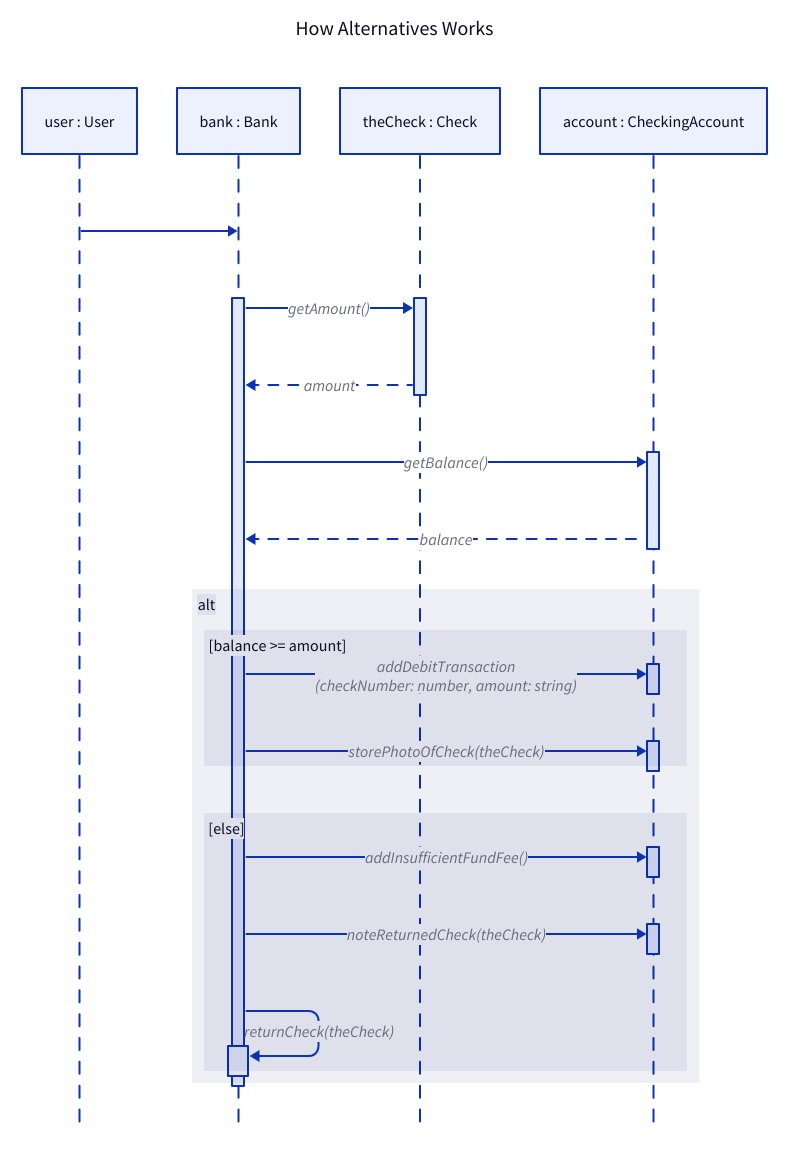
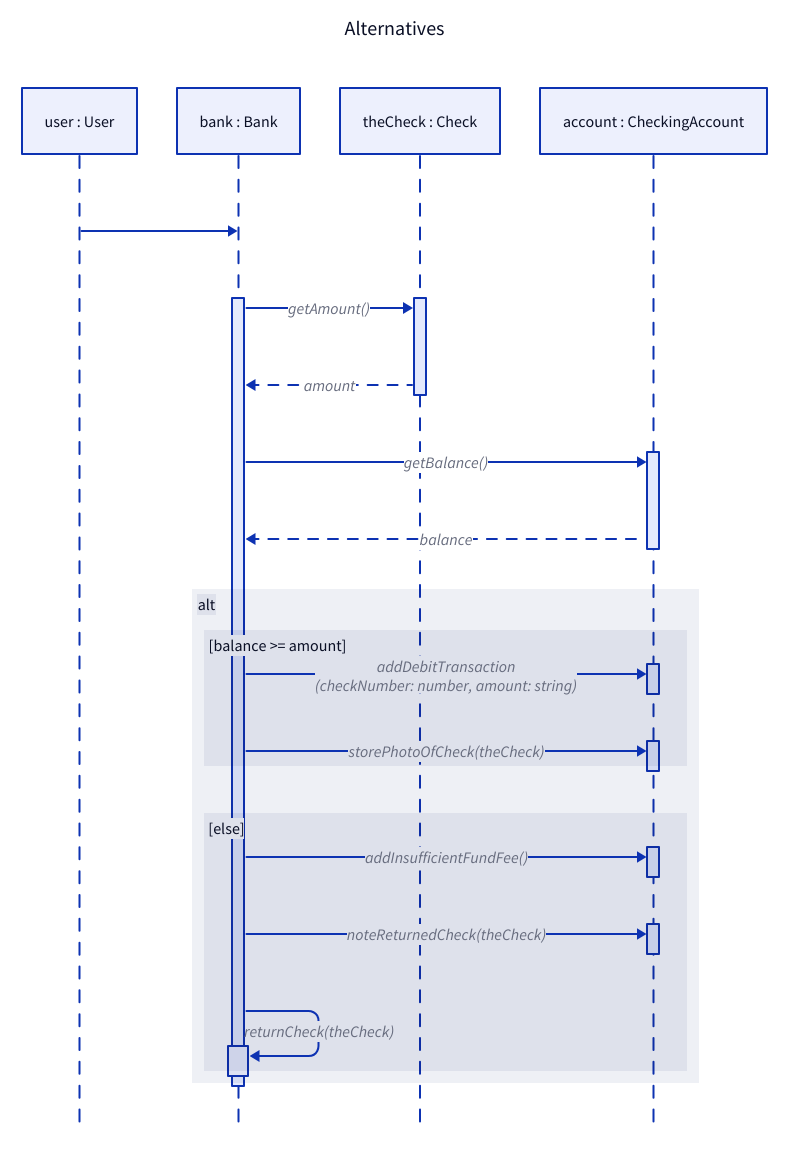
The diagram in alternatives.d2 (TheCre8tor/declarative_diagramming), drawn with D2 before and after one commit. The commit also changed 6 other files, not shown here.

```diff
--- a/alternatives.d2
+++ b/alternatives.d2
@@ -1,35 +1,36 @@
-How Alternatives Works: {
+Alternatives: {
+    # reference: https://developer.ibm.com/articles/the-sequence-diagram/
     shape: sequence_diagram
     style: {
         font-size: 20
     }
 
     user: user : User
     bank: bank : Bank 
     check: theCheck : Check
     account: account : CheckingAccount
 
     user -> bank
     bank.lifeline -> check.lifeline: getAmount()
     bank.lifeline <- check.lifeline: amount {
         style.stroke-dash: 5
     }
 
     bank.lifeline -> account.lifeline: getBalance()
     bank.lifeline <- account.lifeline: balance {
         style.stroke-dash: 5
     }
 
     alt: {
         \[balance \>= amount\]: {
             bank.lifeline -> account.span1: addDebitTransaction\n(checkNumber: number, amount: string)
             bank.lifeline -> account.span2: storePhotoOfCheck(theCheck)
         }
 
         \[else\]: {
             bank.lifeline -> account.span3: addInsufficientFundFee()
             bank.lifeline -> account.span4: noteReturnedCheck(theCheck)
             bank.lifeline -> bank.lifeline.span: returnCheck(theCheck)
         }
     }
 }
```
